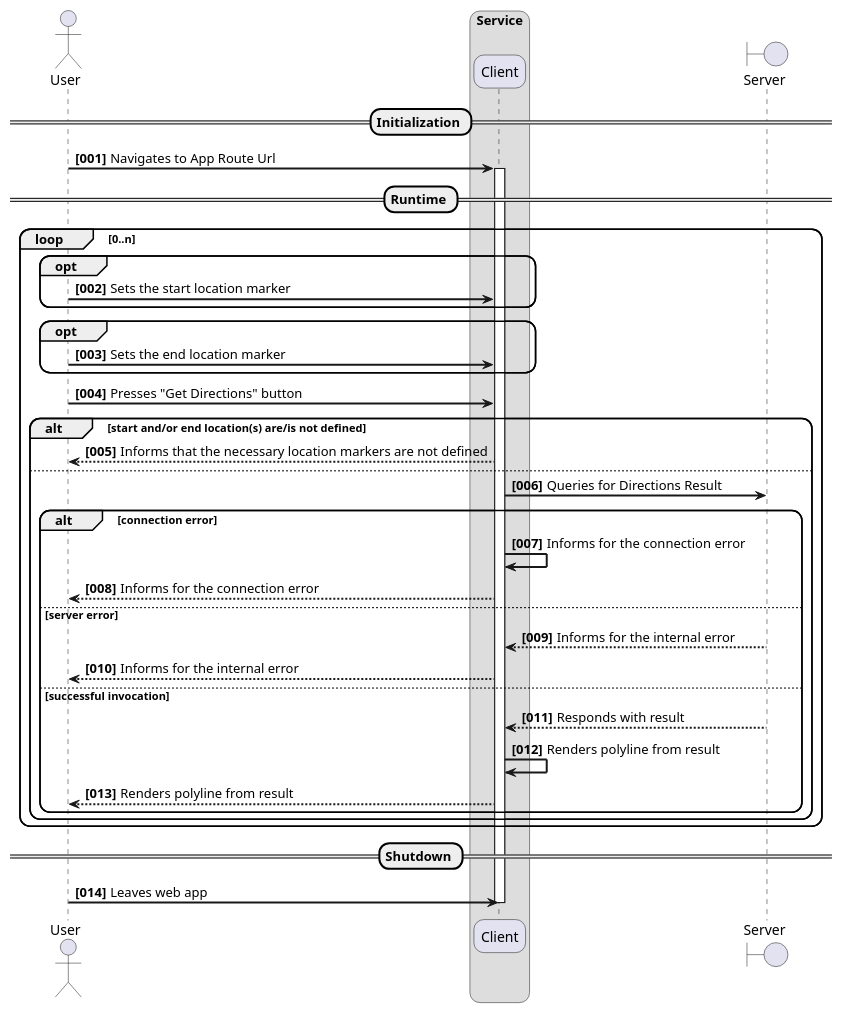
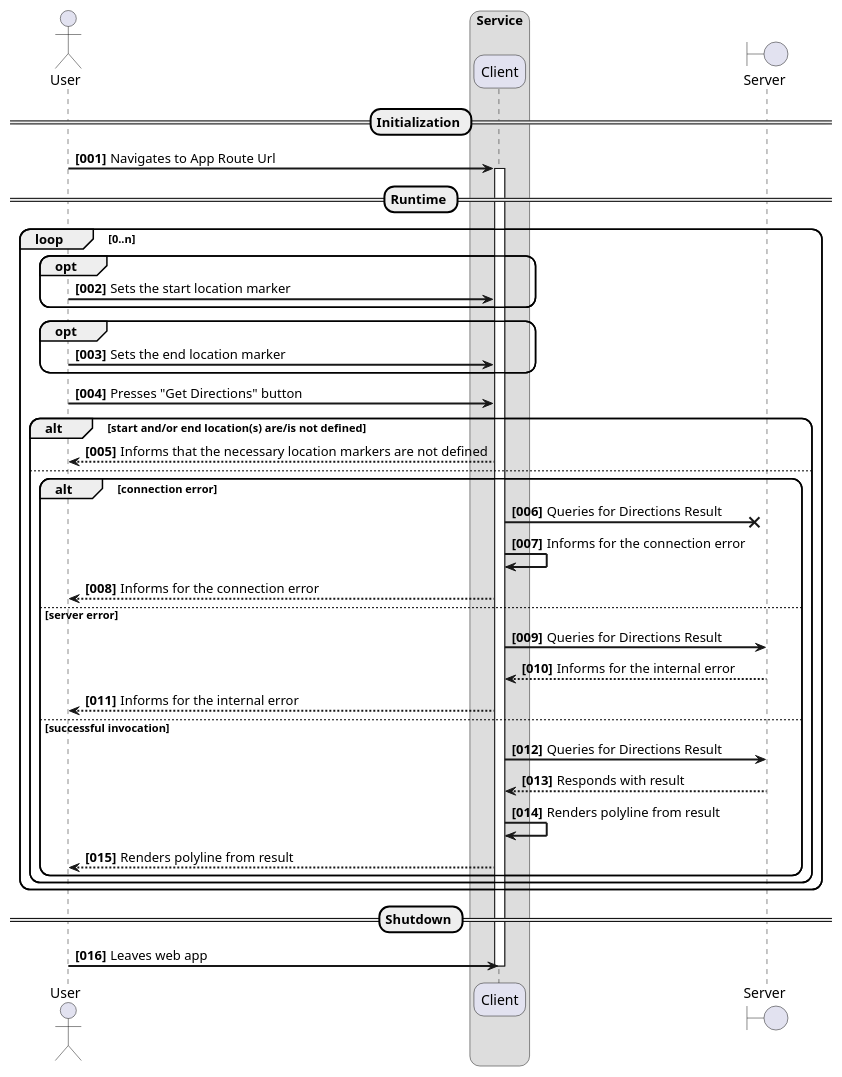
Before and after one commit to steve-papadogiannis/dist-sys-client-vue: the diagram in diagrams/uml/sequence/lifecycle.puml, drawn with PlantUML. The commit also changed 2 other files, not shown here.

```diff
--- a/diagrams/uml/sequence/lifecycle.puml
+++ b/diagrams/uml/sequence/lifecycle.puml
@@ -1,56 +1,58 @@
 @startuml
 skinparam sequenceArrowThickness 2
 skinparam roundcorner 20
 
 actor User
 box Service
 participant Client
 end box
 boundary Server
 
 autonumber "<b>[000]"
 
 == Initialization ==
 
 User -> Client : Navigates to App Route Url
 activate Client
 
 == Runtime ==
 
 loop 0..n
 
 opt
 User -> Client : Sets the start location marker
 end
 
 opt
 User -> Client : Sets the end location marker
 end
 
 User -> Client : Presses "Get Directions" button
 
 alt start and/or end location(s) are/is not defined
 Client --> User : Informs that the necessary location markers are not defined
 else
-Client -> Server : Queries for Directions Result
 alt connection error
+Client -X Server : Queries for Directions Result
 Client -> Client : Informs for the connection error
 Client --> User : Informs for the connection error
 else server error
+Client -> Server : Queries for Directions Result
 Server --> Client : Informs for the internal error
 Client --> User : Informs for the internal error
 else successful invocation
+Client -> Server : Queries for Directions Result
 Server --> Client : Responds with result
 Client -> Client : Renders polyline from result
 Client --> User : Renders polyline from result
 end
 end
 
 end
 
 == Shutdown ==
 
 User -> Client : Leaves web app
 deactivate Client
 
 @enduml
```
